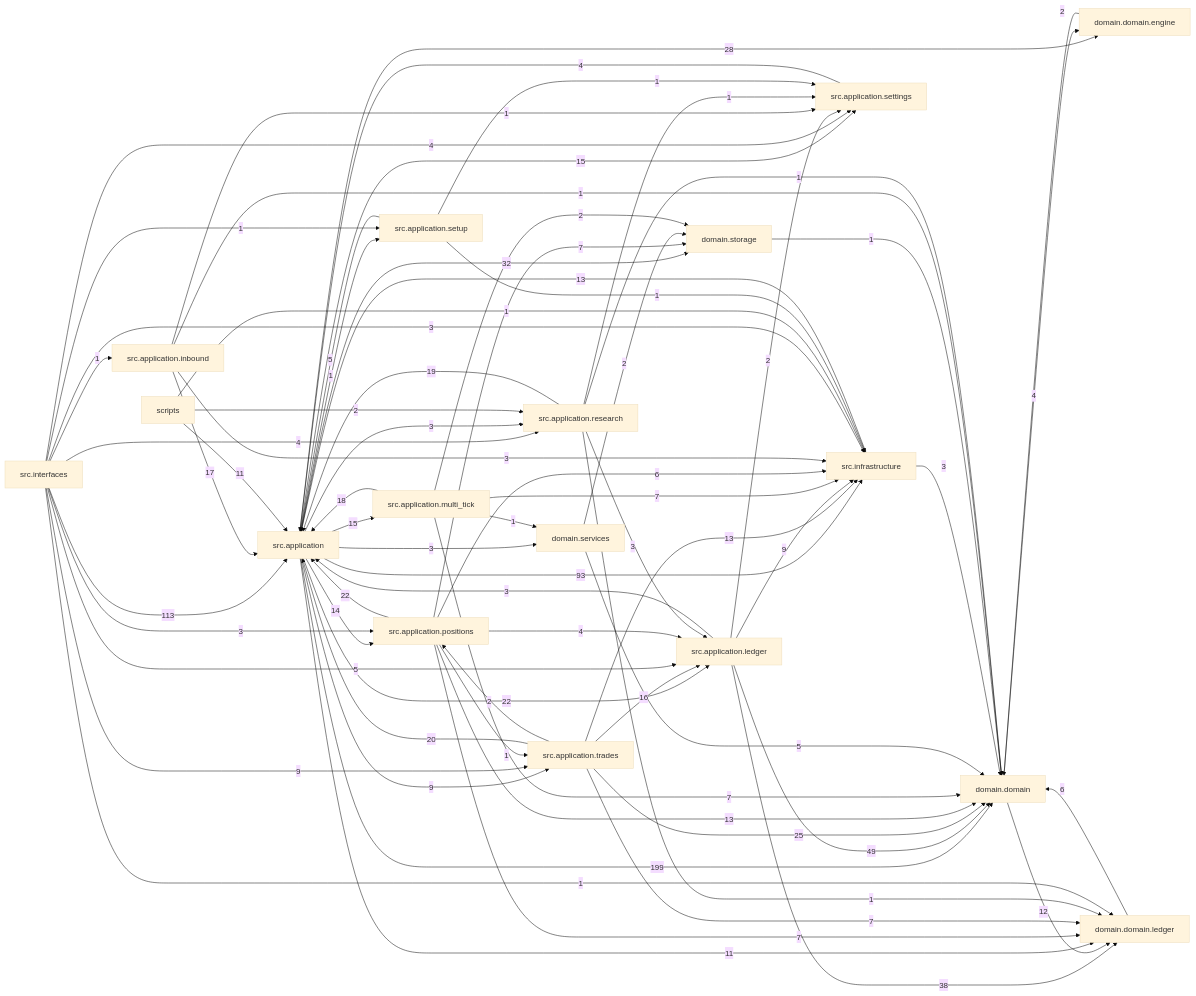
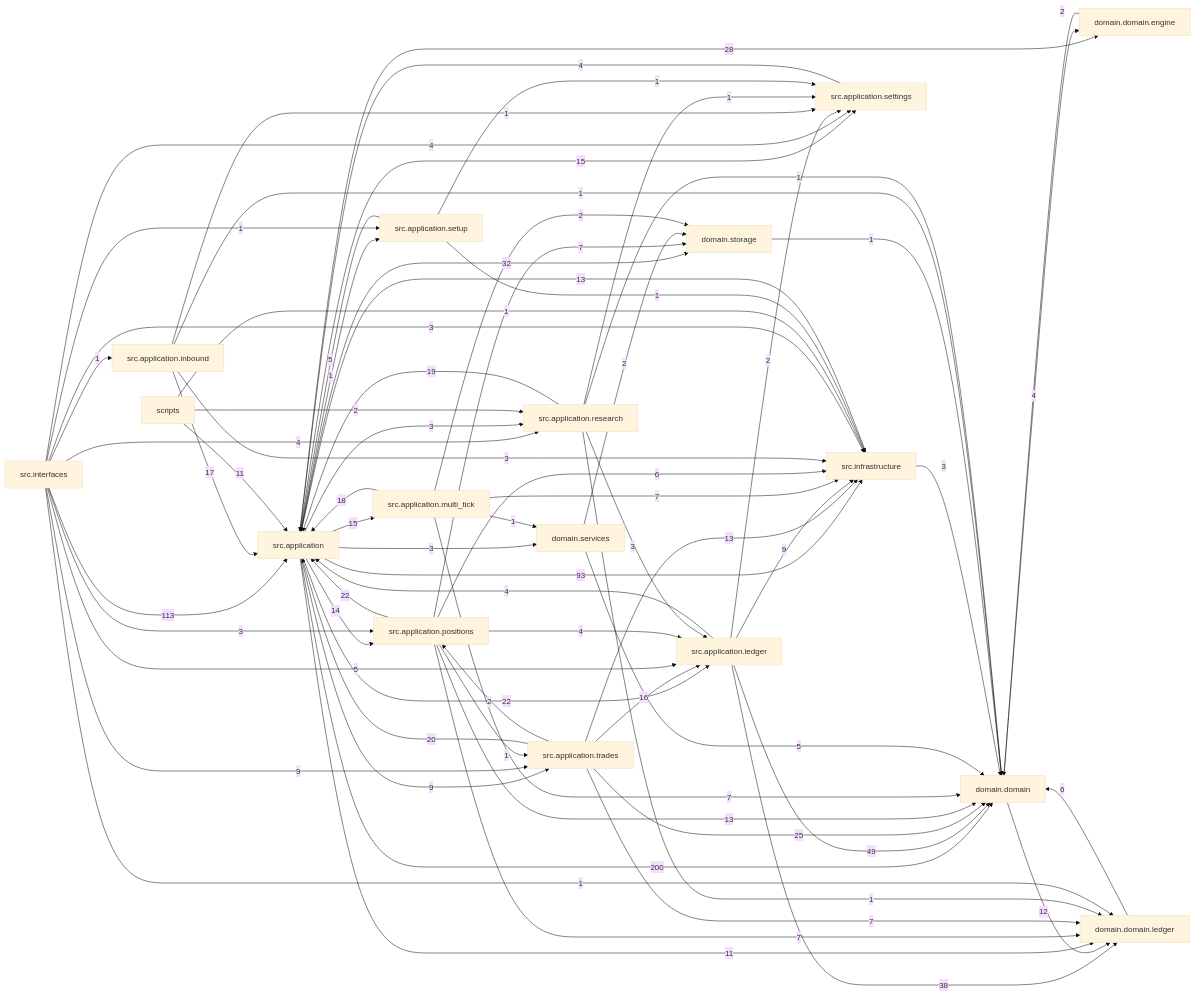
The diagram in docs/dependency_graph.mmd (liuxie066/options-monitor), drawn with Mermaid (base theme) before and after one commit. The commit also changed 10 other files, not shown here.

```diff
--- a/docs/dependency_graph.mmd
+++ b/docs/dependency_graph.mmd
@@ -1,72 +1,72 @@
 flowchart LR
-  src_application["src.application"] -->|199| domain_domain["domain.domain"]
+  src_application["src.application"] -->|200| domain_domain["domain.domain"]
   src_interfaces["src.interfaces"] -->|113| src_application["src.application"]
   src_application["src.application"] -->|93| src_infrastructure["src.infrastructure"]
   src_application_ledger["src.application.ledger"] -->|49| domain_domain["domain.domain"]
   src_application_ledger["src.application.ledger"] -->|38| domain_domain_ledger["domain.domain.ledger"]
   src_application["src.application"] -->|32| domain_storage["domain.storage"]
   src_application["src.application"] -->|28| domain_domain_engine["domain.domain.engine"]
   src_application_trades["src.application.trades"] -->|25| domain_domain["domain.domain"]
   src_application["src.application"] -->|22| src_application_ledger["src.application.ledger"]
   src_application_positions["src.application.positions"] -->|22| src_application["src.application"]
   src_application_trades["src.application.trades"] -->|20| src_application["src.application"]
   src_application_research["src.application.research"] -->|19| src_application["src.application"]
   src_application_multi_tick["src.application.multi_tick"] -->|18| src_application["src.application"]
   src_application_inbound["src.application.inbound"] -->|17| src_application["src.application"]
   src_application_trades["src.application.trades"] -->|16| src_application_ledger["src.application.ledger"]
   src_application["src.application"] -->|15| src_application_multi_tick["src.application.multi_tick"]
   src_application["src.application"] -->|15| src_application_settings["src.application.settings"]
   src_application["src.application"] -->|14| src_application_positions["src.application.positions"]
   src_application_positions["src.application.positions"] -->|13| domain_domain["domain.domain"]
   src_application_trades["src.application.trades"] -->|13| src_infrastructure["src.infrastructure"]
   src_infrastructure["src.infrastructure"] -->|13| src_application["src.application"]
   domain_domain["domain.domain"] -->|12| domain_domain_ledger["domain.domain.ledger"]
   scripts["scripts"] -->|11| src_application["src.application"]
   src_application["src.application"] -->|11| domain_domain_ledger["domain.domain.ledger"]
   src_application["src.application"] -->|9| src_application_trades["src.application.trades"]
   src_application_ledger["src.application.ledger"] -->|9| src_infrastructure["src.infrastructure"]
   src_interfaces["src.interfaces"] -->|9| src_application_trades["src.application.trades"]
   src_application_multi_tick["src.application.multi_tick"] -->|7| domain_domain["domain.domain"]
   src_application_multi_tick["src.application.multi_tick"] -->|7| src_infrastructure["src.infrastructure"]
   src_application_positions["src.application.positions"] -->|7| domain_domain_ledger["domain.domain.ledger"]
   src_application_positions["src.application.positions"] -->|7| domain_storage["domain.storage"]
   src_application_trades["src.application.trades"] -->|7| domain_domain_ledger["domain.domain.ledger"]
   domain_domain_ledger["domain.domain.ledger"] -->|6| domain_domain["domain.domain"]
   src_application_positions["src.application.positions"] -->|6| src_infrastructure["src.infrastructure"]
   domain_services["domain.services"] -->|5| domain_domain["domain.domain"]
   src_application_setup["src.application.setup"] -->|5| src_application["src.application"]
   src_interfaces["src.interfaces"] -->|5| src_application_ledger["src.application.ledger"]
   domain_domain["domain.domain"] -->|4| domain_domain_engine["domain.domain.engine"]
+  src_application_ledger["src.application.ledger"] -->|4| src_application["src.application"]
   src_application_positions["src.application.positions"] -->|4| src_application_ledger["src.application.ledger"]
   src_application_settings["src.application.settings"] -->|4| src_application["src.application"]
   src_interfaces["src.interfaces"] -->|4| src_application_research["src.application.research"]
   src_interfaces["src.interfaces"] -->|4| src_application_settings["src.application.settings"]
   src_application["src.application"] -->|3| domain_services["domain.services"]
   src_application["src.application"] -->|3| src_application_research["src.application.research"]
   src_application_inbound["src.application.inbound"] -->|3| src_infrastructure["src.infrastructure"]
-  src_application_ledger["src.application.ledger"] -->|3| src_application["src.application"]
   src_application_research["src.application.research"] -->|3| src_application_ledger["src.application.ledger"]
   src_infrastructure["src.infrastructure"] -->|3| domain_domain["domain.domain"]
   src_interfaces["src.interfaces"] -->|3| src_application_positions["src.application.positions"]
   src_interfaces["src.interfaces"] -->|3| src_infrastructure["src.infrastructure"]
   domain_domain_engine["domain.domain.engine"] -->|2| domain_domain["domain.domain"]
   domain_services["domain.services"] -->|2| domain_storage["domain.storage"]
   scripts["scripts"] -->|2| src_application_research["src.application.research"]
   src_application_ledger["src.application.ledger"] -->|2| src_application_settings["src.application.settings"]
   src_application_multi_tick["src.application.multi_tick"] -->|2| domain_storage["domain.storage"]
   src_application_trades["src.application.trades"] -->|2| src_application_positions["src.application.positions"]
   domain_storage["domain.storage"] -->|1| domain_domain["domain.domain"]
   scripts["scripts"] -->|1| src_infrastructure["src.infrastructure"]
   src_application["src.application"] -->|1| src_application_setup["src.application.setup"]
   src_application_inbound["src.application.inbound"] -->|1| domain_domain["domain.domain"]
   src_application_inbound["src.application.inbound"] -->|1| src_application_settings["src.application.settings"]
   src_application_multi_tick["src.application.multi_tick"] -->|1| domain_services["domain.services"]
   src_application_positions["src.application.positions"] -->|1| src_application_trades["src.application.trades"]
   src_application_research["src.application.research"] -->|1| domain_domain["domain.domain"]
   src_application_research["src.application.research"] -->|1| domain_domain_ledger["domain.domain.ledger"]
   src_application_research["src.application.research"] -->|1| src_application_settings["src.application.settings"]
   src_application_setup["src.application.setup"] -->|1| src_application_settings["src.application.settings"]
   src_application_setup["src.application.setup"] -->|1| src_infrastructure["src.infrastructure"]
   src_interfaces["src.interfaces"] -->|1| domain_domain_ledger["domain.domain.ledger"]
   src_interfaces["src.interfaces"] -->|1| src_application_inbound["src.application.inbound"]
   src_interfaces["src.interfaces"] -->|1| src_application_setup["src.application.setup"]
```
